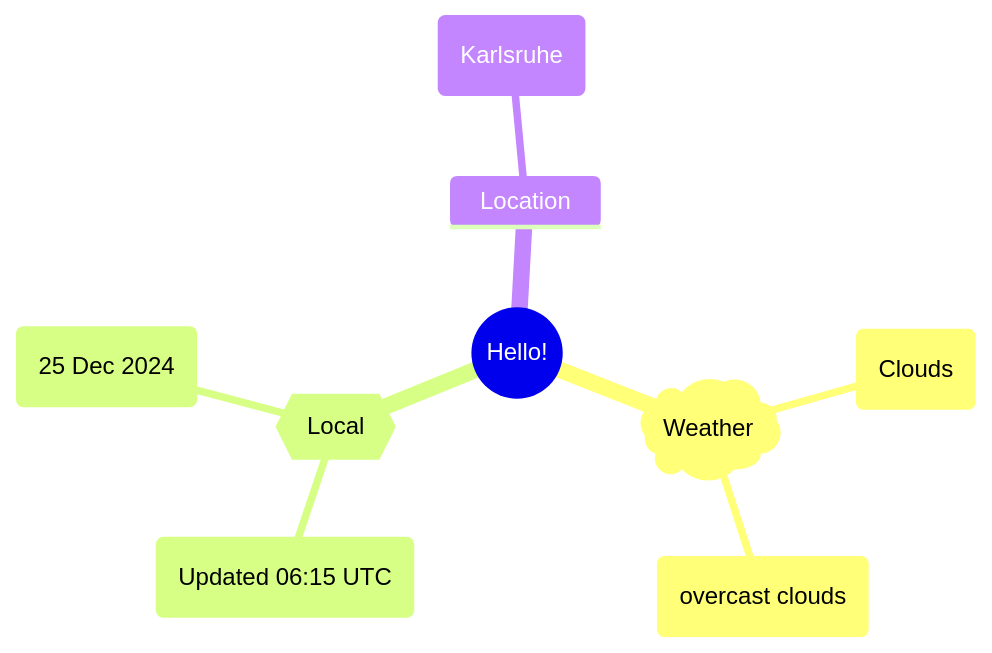
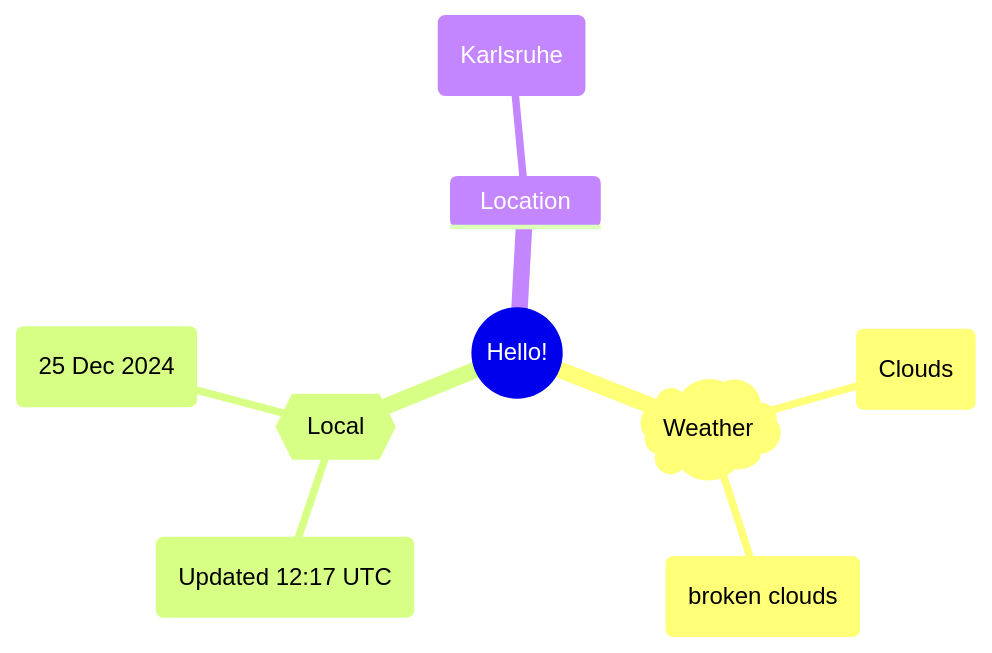
The first of 2 diagrams in README.md (Xosrov/Xosrov), drawn with Mermaid before and after one commit.

Commit message:
[bot] updated images

````diff
--- a/README.md
+++ b/README.md
@@ -3,12 +3,12 @@
 ```mermaid
 mindmap
   root((Hello!))
     )Weather(
         (Clouds)
-        (overcast clouds)
+        (broken clouds)
     {{Local}}
-        (Updated 06:15 UTC)
+        (Updated 12:17 UTC)
         (25 Dec 2024)
     Location
         (Karlsruhe)
 ```
````
